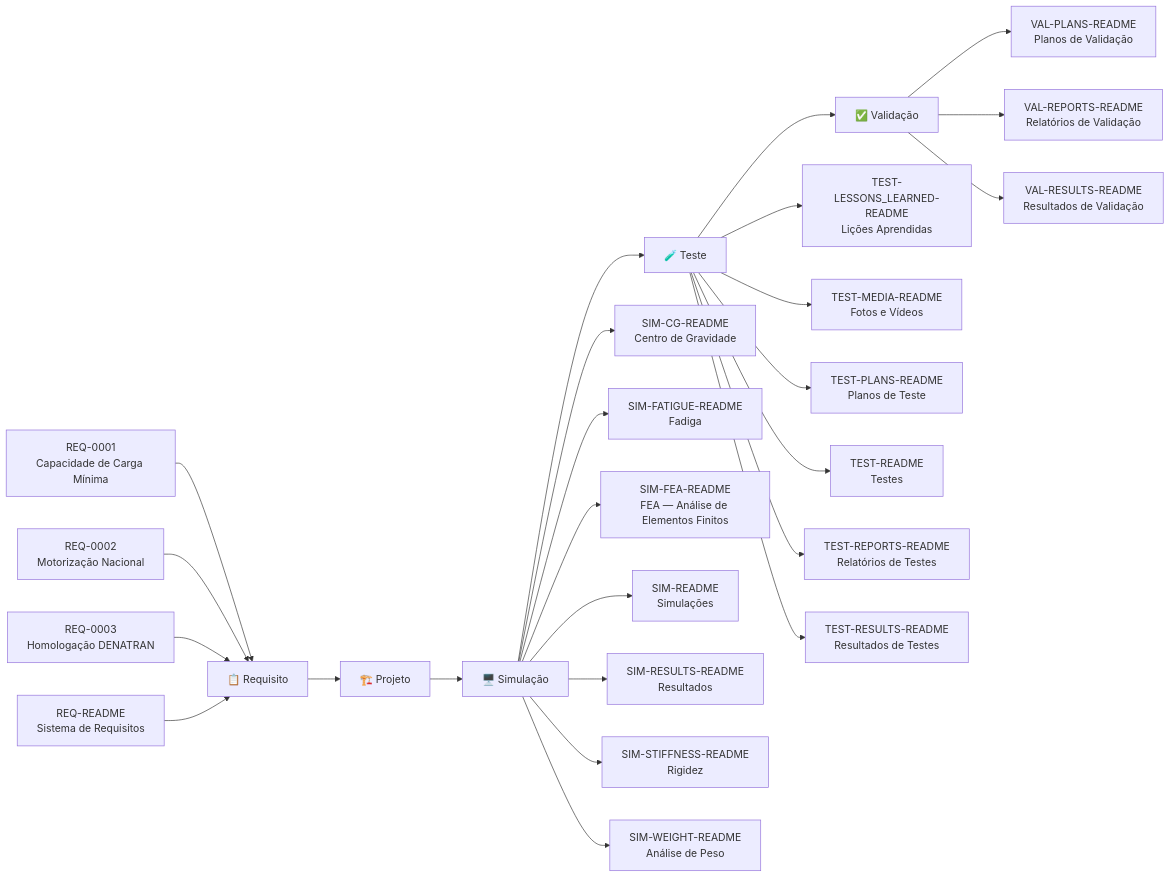
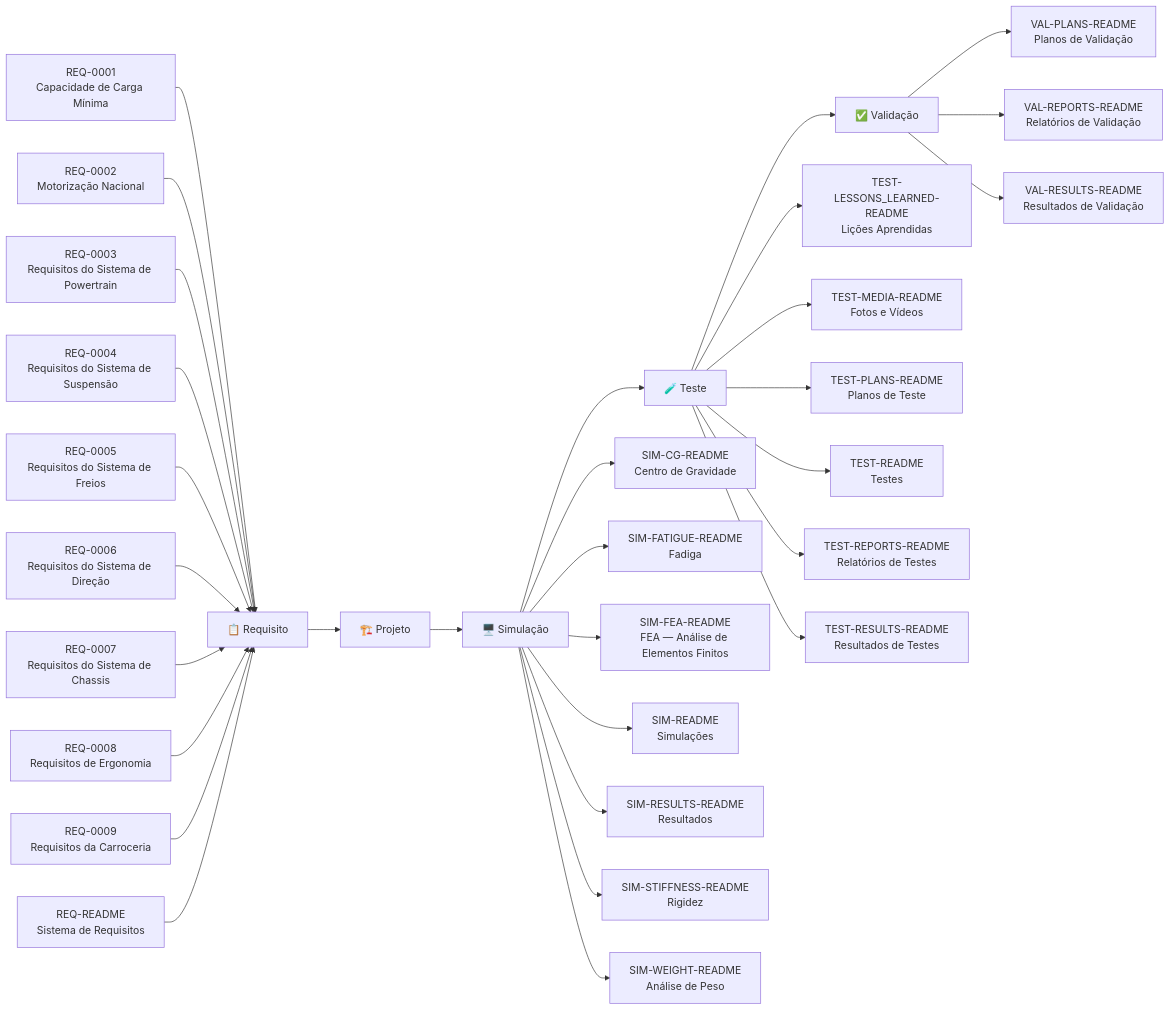
Before and after one commit to caiocgv/utv_startup: the diagram in docs/_generated/validation-flow.md, drawn with Mermaid. The commit also changed other lines of this file and 9 other files, not shown here.

Commit message:
chore: regenerate Mermaid diagrams [skip ci]

````diff
--- a/docs/_generated/validation-flow.md
+++ b/docs/_generated/validation-flow.md
@@ -17,32 +17,38 @@
 ```mermaid
 flowchart LR
     REQ_STAGE["📋 Requisito"]
     DESIGN_STAGE["🏗️ Projeto"]
     SIM_STAGE["🖥️ Simulação"]
     TEST_STAGE["🧪 Teste"]
     VAL_STAGE["✅ Validação"]
     REQ_STAGE --> DESIGN_STAGE
     DESIGN_STAGE --> SIM_STAGE
     SIM_STAGE --> TEST_STAGE
     TEST_STAGE --> VAL_STAGE
     REQ_0001["REQ-0001<br/>Capacidade de Carga Mínima"] --> REQ_STAGE
     REQ_0002["REQ-0002<br/>Motorização Nacional"] --> REQ_STAGE
-    REQ_0003["REQ-0003<br/>Homologação DENATRAN"] --> REQ_STAGE
+    REQ_0003["REQ-0003<br/>Requisitos do Sistema de Powertrain"] --> REQ_STAGE
+    REQ_0004["REQ-0004<br/>Requisitos do Sistema de Suspensão"] --> REQ_STAGE
+    REQ_0005["REQ-0005<br/>Requisitos do Sistema de Freios"] --> REQ_STAGE
+    REQ_0006["REQ-0006<br/>Requisitos do Sistema de Direção"] --> REQ_STAGE
+    REQ_0007["REQ-0007<br/>Requisitos do Sistema de Chassis"] --> REQ_STAGE
+    REQ_0008["REQ-0008<br/>Requisitos de Ergonomia"] --> REQ_STAGE
+    REQ_0009["REQ-0009<br/>Requisitos da Carroceria"] --> REQ_STAGE
     REQ_README["REQ-README<br/>Sistema de Requisitos"] --> REQ_STAGE
     SIM_STAGE --> SIM_CG_README["SIM-CG-README<br/>Centro de Gravidade"]
     SIM_STAGE --> SIM_FATIGUE_README["SIM-FATIGUE-README<br/>Fadiga"]
     SIM_STAGE --> SIM_FEA_README["SIM-FEA-README<br/>FEA — Análise de Elementos Finitos"]
     SIM_STAGE --> SIM_README["SIM-README<br/>Simulações"]
     SIM_STAGE --> SIM_RESULTS_README["SIM-RESULTS-README<br/>Resultados"]
     SIM_STAGE --> SIM_STIFFNESS_README["SIM-STIFFNESS-README<br/>Rigidez"]
     SIM_STAGE --> SIM_WEIGHT_README["SIM-WEIGHT-README<br/>Análise de Peso"]
     TEST_STAGE --> TEST_LESSONS_LEARNED_README["TEST-LESSONS_LEARNED-README<br/>Lições Aprendidas"]
     TEST_STAGE --> TEST_MEDIA_README["TEST-MEDIA-README<br/>Fotos e Vídeos"]
     TEST_STAGE --> TEST_PLANS_README["TEST-PLANS-README<br/>Planos de Teste"]
     TEST_STAGE --> TEST_README["TEST-README<br/>Testes"]
     TEST_STAGE --> TEST_REPORTS_README["TEST-REPORTS-README<br/>Relatórios de Testes"]
     TEST_STAGE --> TEST_RESULTS_README["TEST-RESULTS-README<br/>Resultados de Testes"]
     VAL_STAGE --> VAL_PLANS_README["VAL-PLANS-README<br/>Planos de Validação"]
     VAL_STAGE --> VAL_REPORTS_README["VAL-REPORTS-README<br/>Relatórios de Validação"]
     VAL_STAGE --> VAL_RESULTS_README["VAL-RESULTS-README<br/>Resultados de Validação"]
 ```
````
